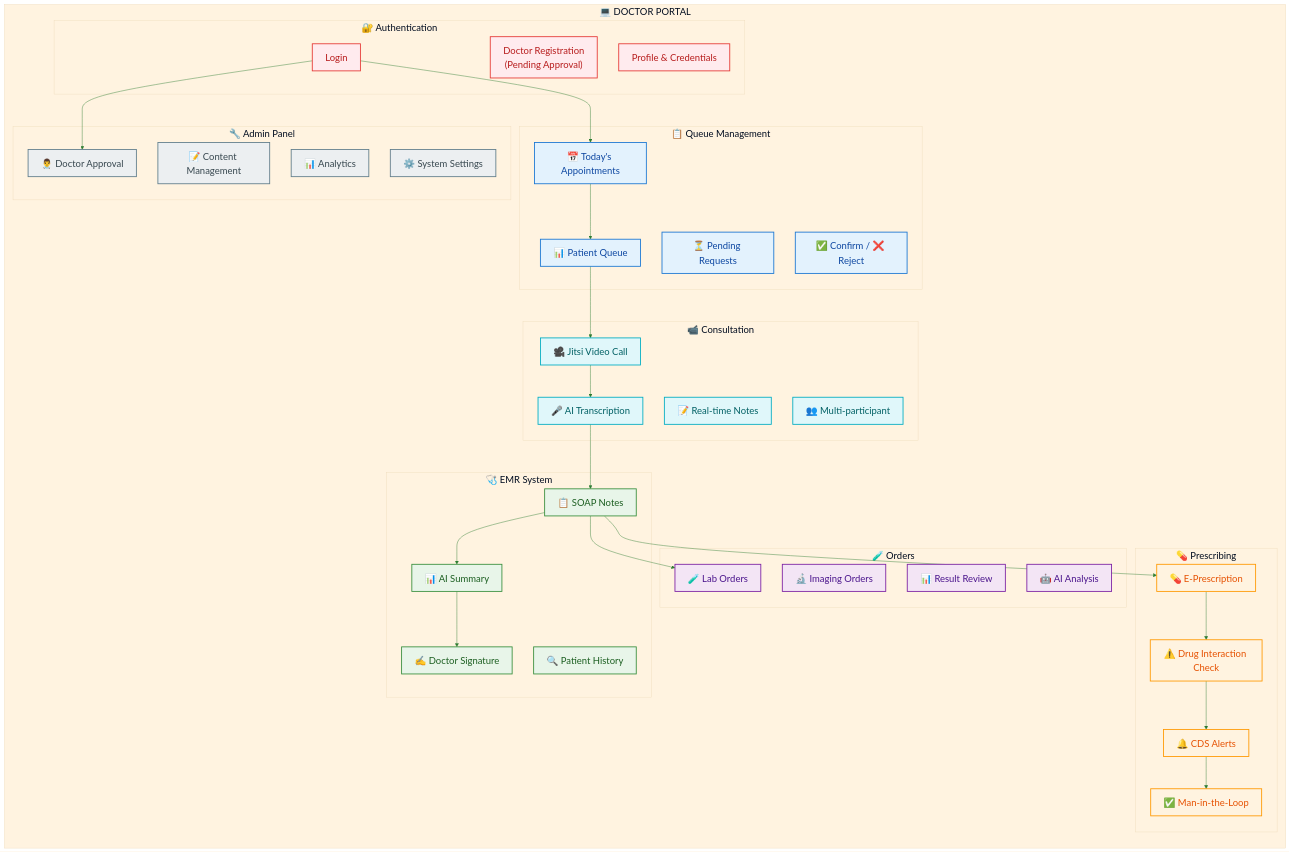
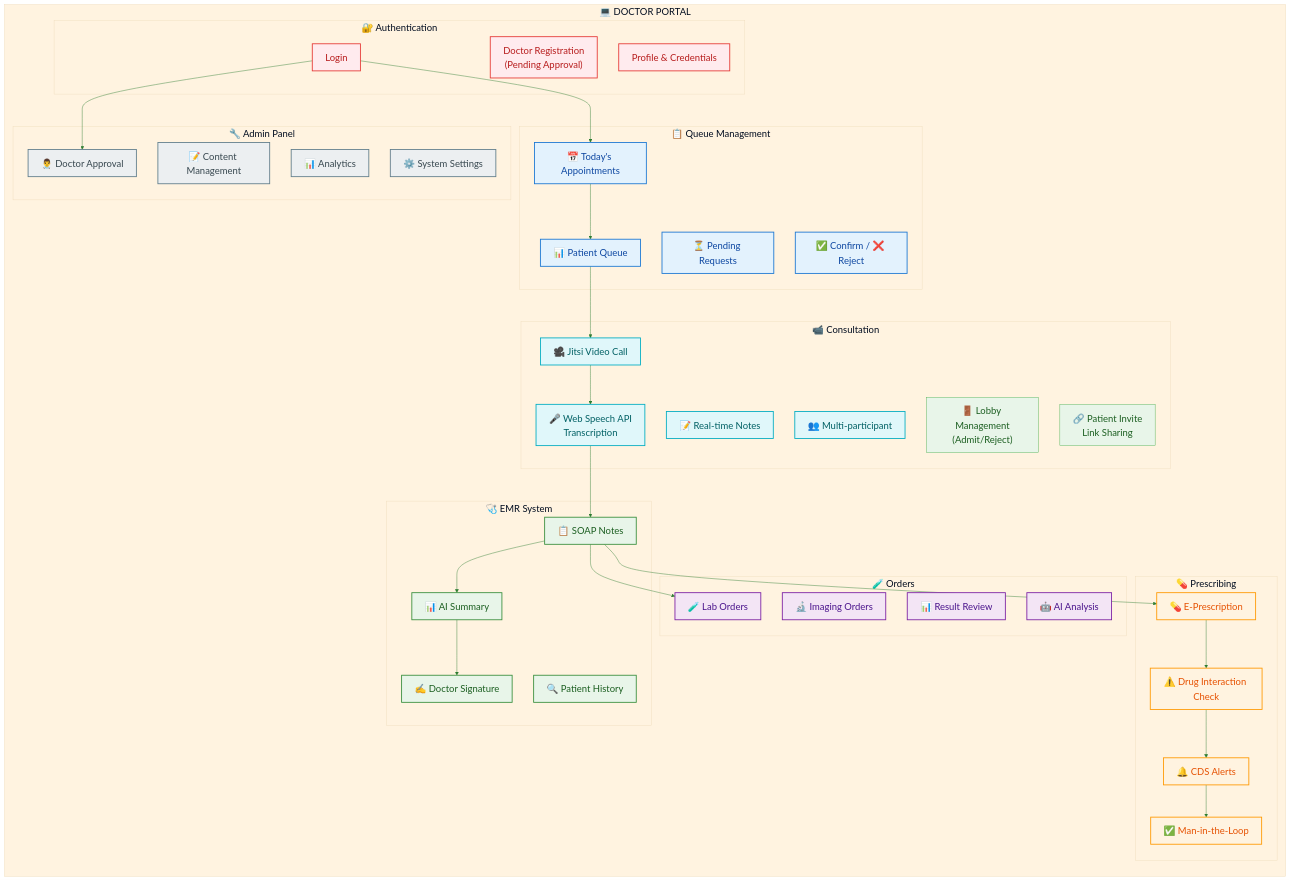
One commit to chiraleo2000/Isara-Anywhere changed the diagram in Presentations/diagrams/03-doctor-features.mmd. Above: the diagram before and after it, drawn with Mermaid. The commit also changed 294 other files, not shown here.

```diff
--- a/Presentations/diagrams/03-doctor-features.mmd
+++ b/Presentations/diagrams/03-doctor-features.mmd
@@ -1,90 +1,92 @@
 %%{init: {
   'theme': 'base',
   'themeVariables': {
     'primaryColor': '#E8F5E9',
     'primaryTextColor': '#1B5E20',
     'primaryBorderColor': '#4CAF50',
     'lineColor': '#2E7D32',
     'secondaryColor': '#E3F2FD',
     'tertiaryColor': '#FFF3E0',
     'fontSize': '22px',
     'fontFamily': 'Segoe UI, Arial'
   }
 }}%%
 
 flowchart TB
     subgraph DP["💻 DOCTOR PORTAL"]
         direction TB
         
         subgraph AUTH["🔐 Authentication"]
             A1["Login"]
             A2["Doctor Registration<br/>(Pending Approval)"]
             A3["Profile & Credentials"]
         end
         
         subgraph QUEUE["📋 Queue Management"]
             B1["📅 Today's Appointments"]
             B2["⏳ Pending Requests"]
             B3["✅ Confirm / ❌ Reject"]
             B4["📊 Patient Queue"]
         end
         
         subgraph CONSULT["📹 Consultation"]
             C1["🎥 Jitsi Video Call"]
-            C2["🎤 AI Transcription"]
+            C2["🎤 Web Speech API<br/>Transcription"]
             C3["📝 Real-time Notes"]
             C4["👥 Multi-participant"]
+            C5["🚪 Lobby Management<br/>(Admit/Reject)"]
+            C6["🔗 Patient Invite<br/>Link Sharing"]
         end
         
         subgraph EMR["🩺 EMR System"]
             D1["📋 SOAP Notes"]
             D2["🔍 Patient History"]
             D3["📊 AI Summary"]
             D4["✍️ Doctor Signature"]
         end
         
         subgraph PRESCRIBE["💊 Prescribing"]
             E1["💊 E-Prescription"]
             E2["⚠️ Drug Interaction Check"]
             E3["🔔 CDS Alerts"]
             E4["✅ Man-in-the-Loop"]
         end
         
         subgraph ORDERS["🧪 Orders"]
             F1["🧪 Lab Orders"]
             F2["🔬 Imaging Orders"]
             F3["📊 Result Review"]
             F4["🤖 AI Analysis"]
         end
         
         subgraph ADMIN["🔧 Admin Panel"]
             G1["👨‍⚕️ Doctor Approval"]
             G2["📝 Content Management"]
             G3["📊 Analytics"]
             G4["⚙️ System Settings"]
         end
     end
 
     A1 --> B1
     B1 --> B4 --> C1
     C1 --> C2 --> D1
     D1 --> D3 --> D4
     D1 --> E1 --> E2 --> E3 --> E4
     D1 --> F1
     A1 --> G1
 
     classDef authStyle fill:#FFEBEE,stroke:#E53935,stroke-width:2px,color:#B71C1C
     classDef queueStyle fill:#E3F2FD,stroke:#1976D2,stroke-width:2px,color:#0D47A1
     classDef consultStyle fill:#E0F7FA,stroke:#00ACC1,stroke-width:2px,color:#006064
     classDef emrStyle fill:#E8F5E9,stroke:#388E3C,stroke-width:2px,color:#1B5E20
     classDef rxStyle fill:#FFF3E0,stroke:#FF9800,stroke-width:2px,color:#E65100
     classDef orderStyle fill:#F3E5F5,stroke:#7B1FA2,stroke-width:2px,color:#4A148C
     classDef adminStyle fill:#ECEFF1,stroke:#607D8B,stroke-width:2px,color:#37474F
 
     class A1,A2,A3 authStyle
     class B1,B2,B3,B4 queueStyle
     class C1,C2,C3,C4 consultStyle
     class D1,D2,D3,D4 emrStyle
     class E1,E2,E3,E4 rxStyle
     class F1,F2,F3,F4 orderStyle
     class G1,G2,G3,G4 adminStyle
```
